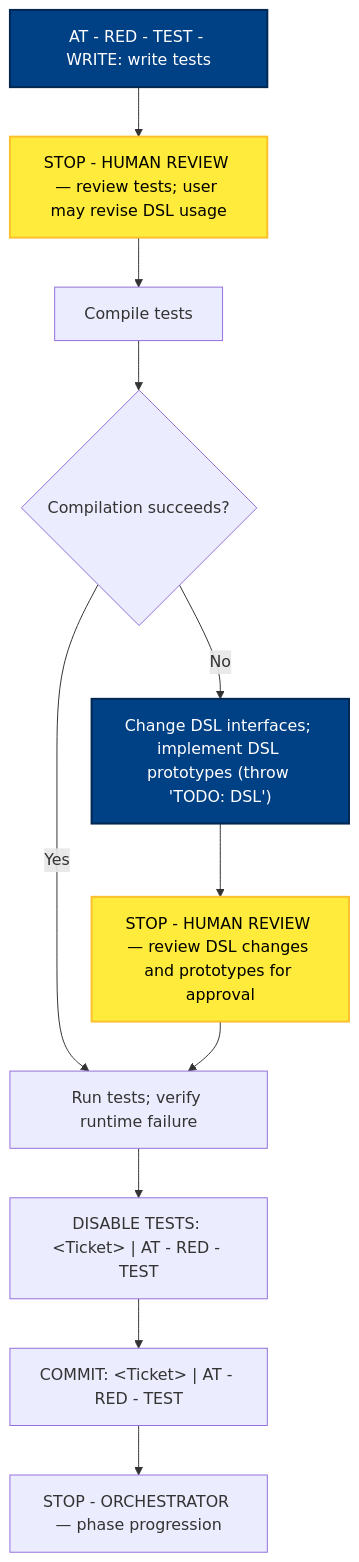
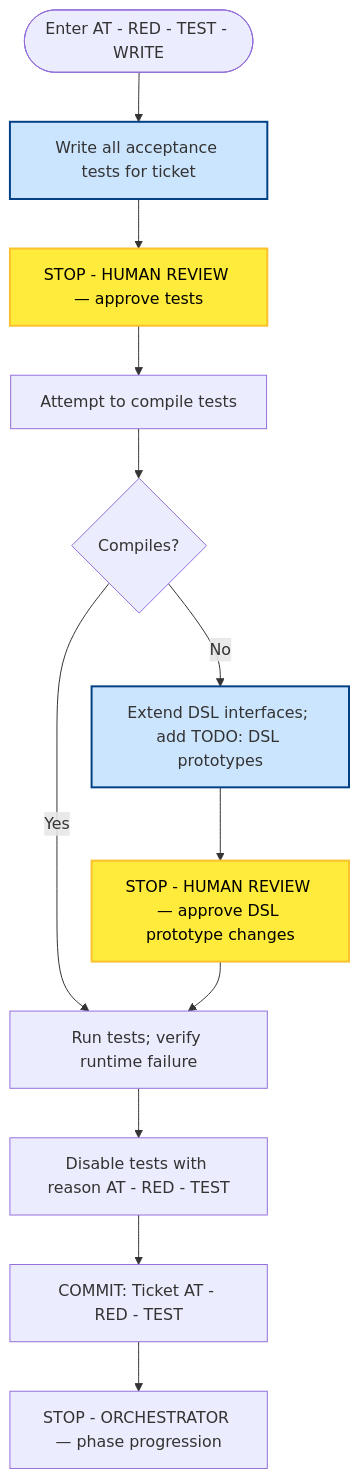
Before and after one commit to optivem/starter: the first of 8 diagrams in docs/atdd/process/phase-details-diagram.md, drawn with Mermaid. The commit also changed other lines of this file and 1 other file, not shown here.

First line of the commit message:
Regenerate process diagrams after AT/CT phase doc split

````diff
--- a/docs/atdd/process/phase-details-diagram.md
+++ b/docs/atdd/process/phase-details-diagram.md
@@ -18,29 +27,31 @@
 ```mermaid
 flowchart TD
-    WRITE[AT - RED - TEST - WRITE: write tests]
-    STOP_WRITE_TESTS[STOP - HUMAN REVIEW — review tests; user may revise DSL usage]
-    ATTEMPT_COMPILE[Compile tests]
-    COMPILE_SUCCEEDS{Compilation succeeds?}
-    EXTEND_DSL["Change DSL interfaces; implement DSL prototypes (throw 'TODO: DSL')"]
-    STOP_DSL[STOP - HUMAN REVIEW — review DSL changes and prototypes for approval]
-    RUN_FAIL[Run tests; verify runtime failure]
-    DISABLE_ALL["DISABLE TESTS: &lt;Ticket&gt; | AT - RED - TEST"]
-    COMMIT["COMMIT: &lt;Ticket&gt; | AT - RED - TEST"]
+    START([Enter AT - RED - TEST - WRITE])
+    WRITE[Write all acceptance tests for ticket]
+    STOP_WRITE_TESTS[STOP - HUMAN REVIEW — approve tests]
+    COMPILE[Attempt to compile tests]
+    COMPILE_OK{Compiles?}
+    EXTEND_DSL[Extend DSL interfaces; add TODO: DSL prototypes]
+    STOP_DSL[STOP - HUMAN REVIEW — approve DSL prototype changes]
+    RUN[Run tests; verify runtime failure]
+    DISABLE[Disable tests with reason AT - RED - TEST]
+    COMMIT[COMMIT: Ticket AT - RED - TEST]
     STOP_END[STOP - ORCHESTRATOR — phase progression]
 
+    START --> WRITE
     WRITE --> STOP_WRITE_TESTS
-    STOP_WRITE_TESTS --> ATTEMPT_COMPILE
-    ATTEMPT_COMPILE --> COMPILE_SUCCEEDS
-    COMPILE_SUCCEEDS -->|Yes| RUN_FAIL
-    COMPILE_SUCCEEDS -->|No| EXTEND_DSL
+    STOP_WRITE_TESTS --> COMPILE
+    COMPILE --> COMPILE_OK
+    COMPILE_OK -->|Yes| RUN
+    COMPILE_OK -->|No| EXTEND_DSL
     EXTEND_DSL --> STOP_DSL
-    STOP_DSL --> RUN_FAIL
-    RUN_FAIL --> DISABLE_ALL
-    DISABLE_ALL --> COMMIT
+    STOP_DSL --> RUN
+    RUN --> DISABLE
+    DISABLE --> COMMIT
     COMMIT --> STOP_END
 
-    classDef effortNode fill:#004085,stroke:#002752,stroke-width:2px,color:#fff
+    classDef effortNode fill:#cce5ff,stroke:#004085,stroke-width:2px
     class WRITE,EXTEND_DSL effortNode
     classDef humanReviewNode fill:#ffeb3b,stroke:#fbc02d,stroke-width:2px,color:#000
     class STOP_WRITE_TESTS,STOP_DSL humanReviewNode
 ```
````
